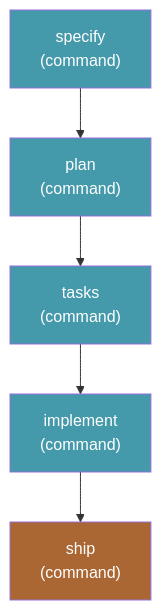
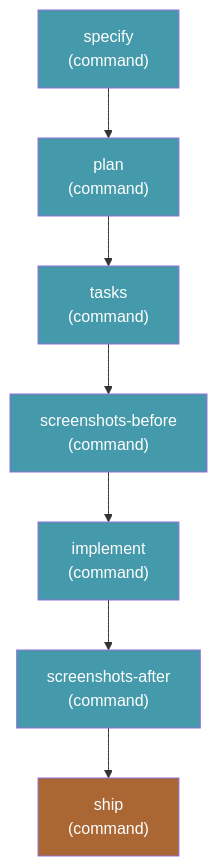
One commit to clintcparker/speckit-addons changed the diagram in workflows/send-it/README.md. Above: the diagram before and after it, drawn with Mermaid. The commit also changed other lines of this file and 3 other files, not shown here.

````diff
--- a/workflows/send-it/README.md
+++ b/workflows/send-it/README.md
@@ -34,13 +56,17 @@
 ```mermaid
 flowchart TB
     A["specify<br/>(command)"] --> B["plan<br/>(command)"]
     B --> C["tasks<br/>(command)"]
-    C --> D["implement<br/>(command)"]
-    D --> E["ship<br/>(command)"]
+    C --> D["screenshots-before<br/>(command)"]
+    D --> E["implement<br/>(command)"]
+    E --> F["screenshots-after<br/>(command)"]
+    F --> G["ship<br/>(command)"]
 
     style A fill:#49a,color:#fff
     style B fill:#49a,color:#fff
     style C fill:#49a,color:#fff
     style D fill:#49a,color:#fff
-    style E fill:#a63,color:#fff
+    style E fill:#49a,color:#fff
+    style F fill:#49a,color:#fff
+    style G fill:#a63,color:#fff
 ```
````
